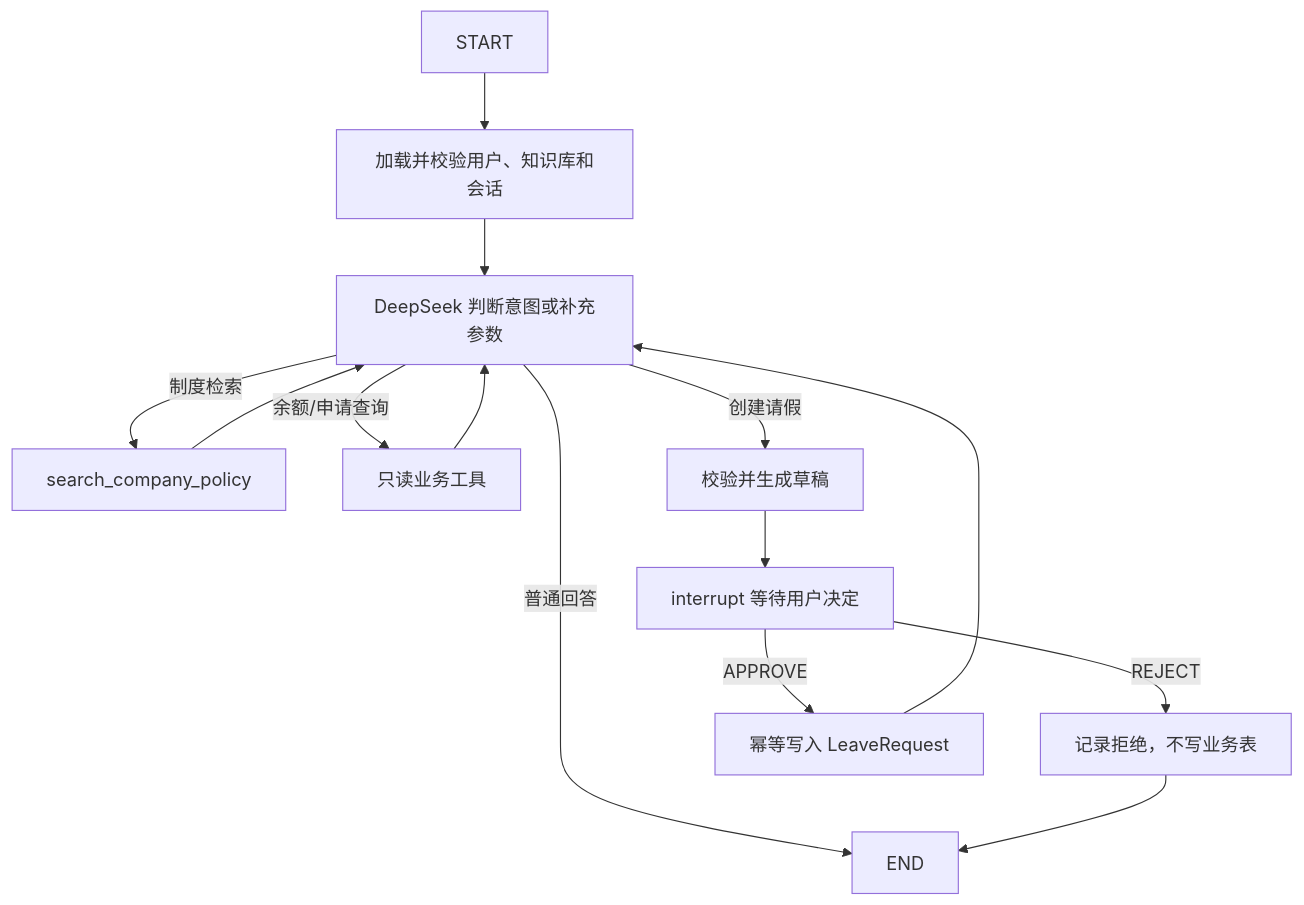
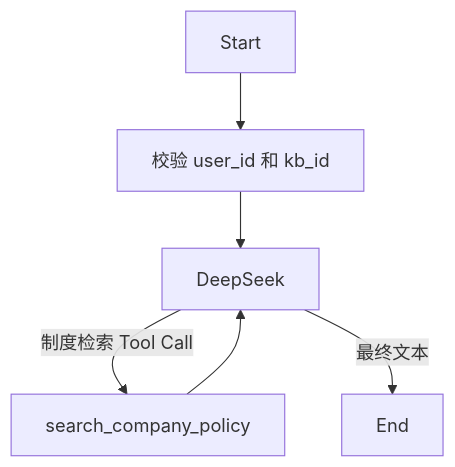
The second of 2 diagrams in docs/architecture.md (yabuki-jou/mini-rag-milvus), drawn with Mermaid before and after one commit. The commit also changed other lines of this file and 49 other files, not shown here.

````diff
--- a/docs/architecture.md
+++ b/docs/architecture.md
@@ -113,16 +40,8 @@
 ```mermaid
 flowchart TD
-    Start["START"] --> Context["加载并校验用户、知识库和会话"]
-    Context --> Model["DeepSeek 判断意图或补充参数"]
-    Model -->|普通回答| End["END"]
-    Model -->|制度检索| Policy["search_company_policy"]
-    Model -->|余额/申请查询| Read["只读业务工具"]
-    Policy --> Model
-    Read --> Model
-    Model -->|创建请假| Validate["校验并生成草稿"]
-    Validate --> Interrupt["interrupt 等待用户决定"]
-    Interrupt -->|REJECT| Rejected["记录拒绝，不写业务表"]
-    Interrupt -->|APPROVE| Write["幂等写入 LeaveRequest"]
-    Rejected --> End
-    Write --> Model
+    Start --> Validate[校验 user_id 和 kb_id]
+    Validate --> Model[DeepSeek]
+    Model -->|制度检索 Tool Call| Tool[search_company_policy]
+    Tool --> Model
+    Model -->|最终文本| End
 ```
````
